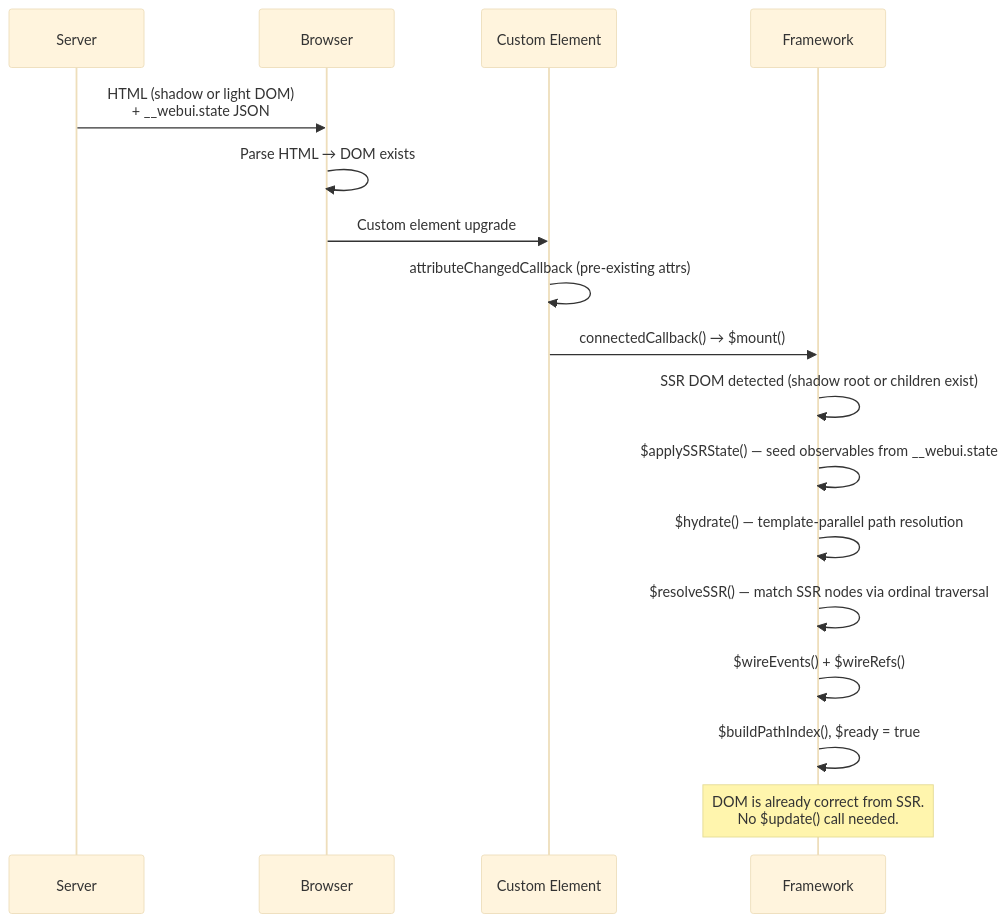
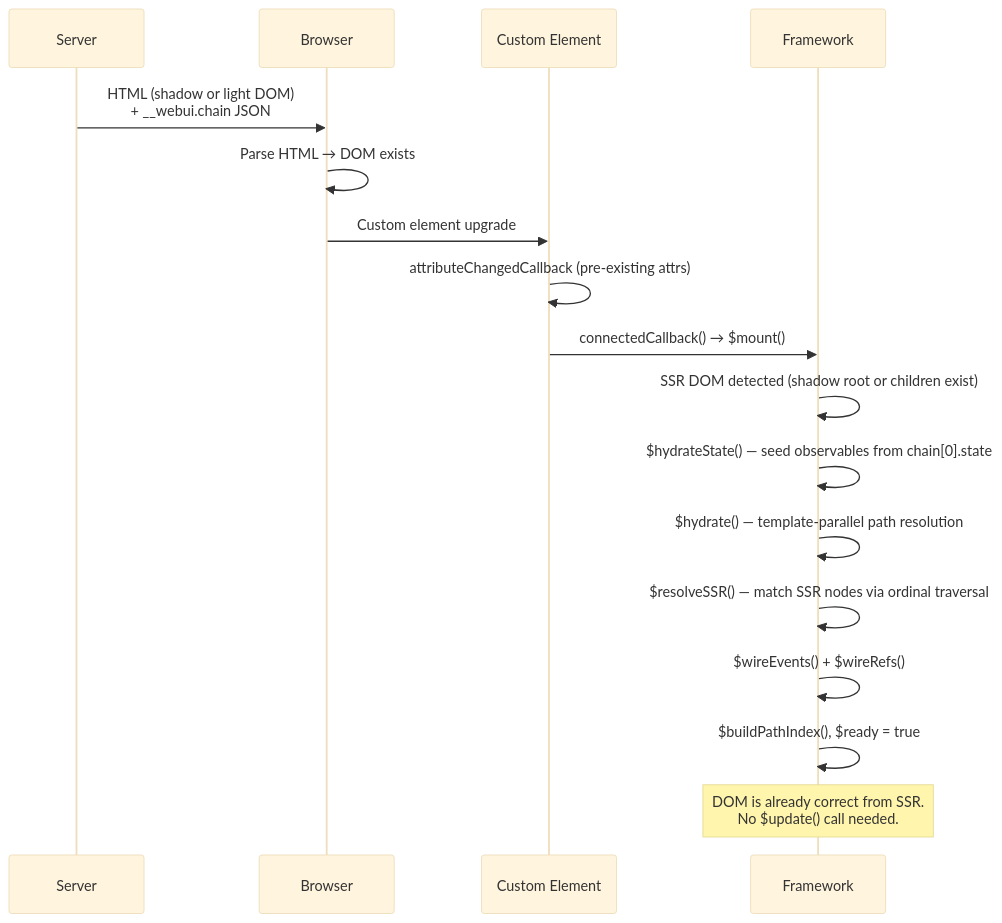
The third of 7 diagrams in packages/webui-framework/README.md (microsoft/webui), drawn with Mermaid (base theme) before and after one commit. The commit also changed other lines of this file and 60 other files, not shown here.

````diff
--- a/packages/webui-framework/README.md
+++ b/packages/webui-framework/README.md
@@ -386,20 +393,20 @@
 ```mermaid
 sequenceDiagram
     participant Server
     participant Browser
     participant CE as Custom Element
     participant FW as Framework
 
-    Server->>Browser: HTML (shadow or light DOM)<br/>+ __webui.state JSON
+    Server->>Browser: HTML (shadow or light DOM)<br/>+ __webui.chain JSON
     Browser->>Browser: Parse HTML → DOM exists
     Browser->>CE: Custom element upgrade
     CE->>CE: attributeChangedCallback (pre-existing attrs)
     CE->>FW: connectedCallback() → $mount()
     FW->>FW: SSR DOM detected (shadow root or children exist)
-    FW->>FW: $applySSRState() — seed observables from __webui.state
+    FW->>FW: $hydrateState() — seed observables from chain[0].state
     FW->>FW: $hydrate() — template-parallel path resolution
     FW->>FW: $resolveSSR() — match SSR nodes via ordinal traversal
     FW->>FW: $wireEvents() + $wireRefs()
     FW->>FW: $buildPathIndex(), $ready = true
     Note over FW: DOM is already correct from SSR.<br/>No $update() call needed.
 ```
````
